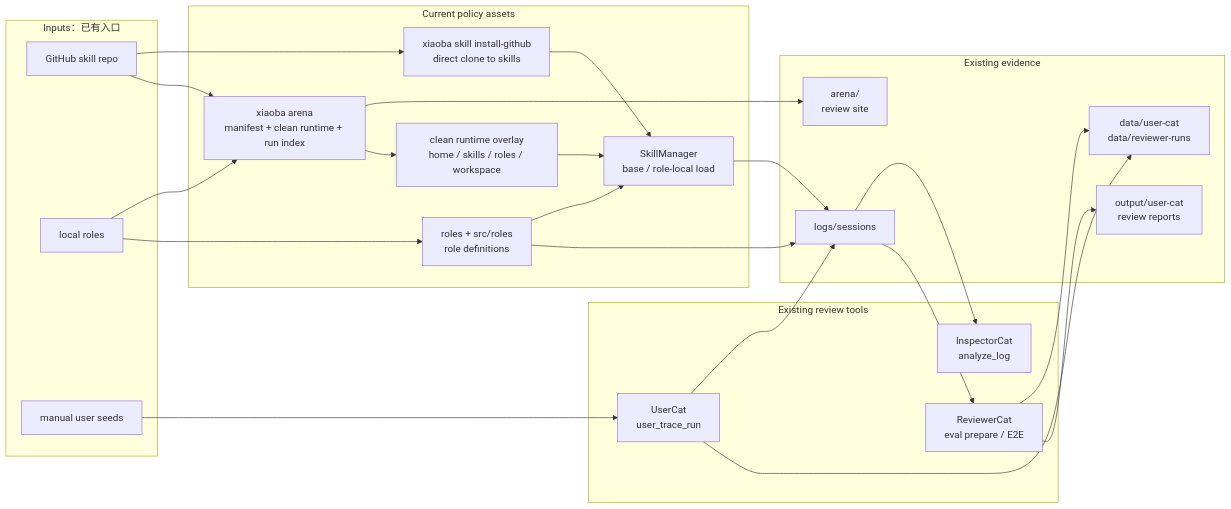
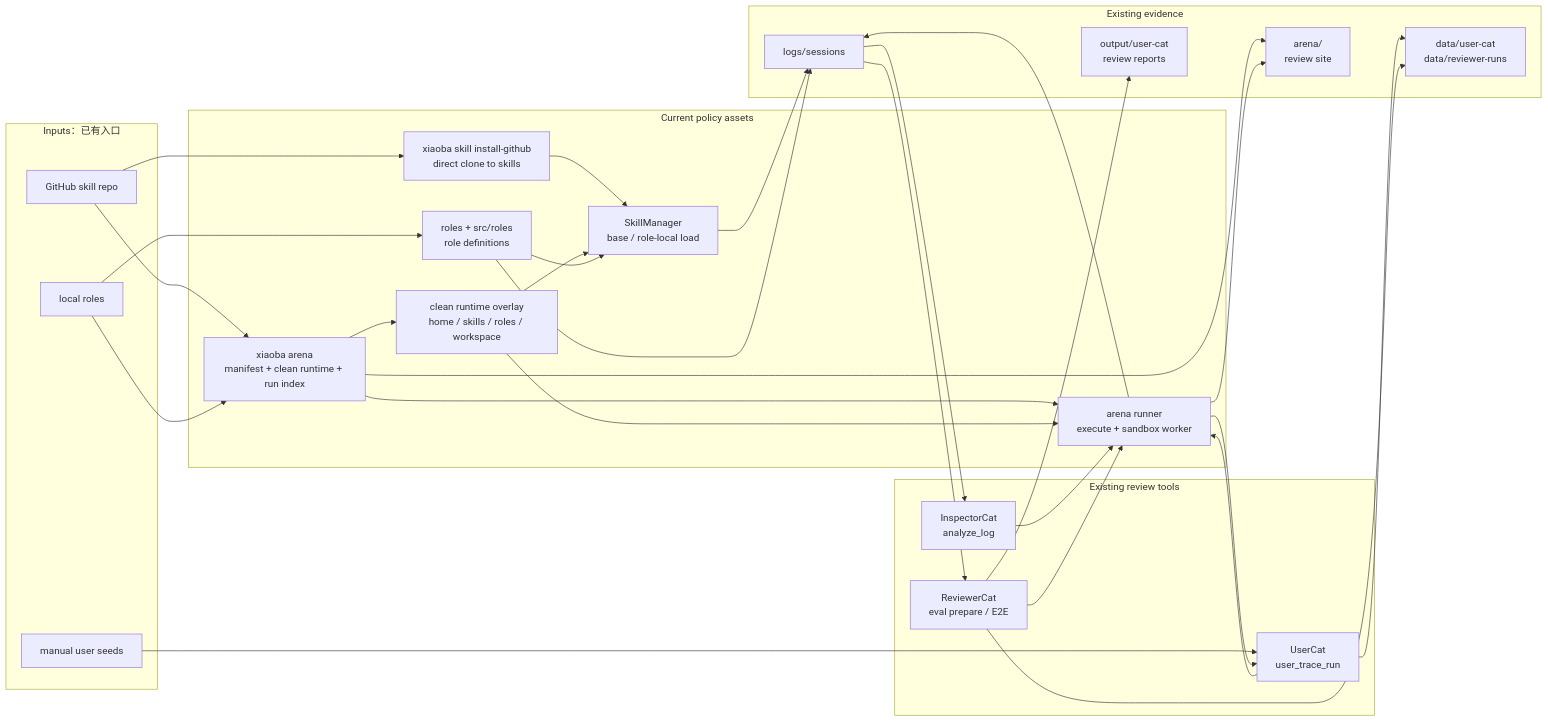
Before and after one commit to fightheyyy/XiaoBa-CLI: the first of 2 diagrams in docs/arena/SPEC.md, drawn with Mermaid. The commit also changed other lines of this file and 65 other files, not shown here.

````diff
--- a/docs/arena/SPEC.md
+++ b/docs/arena/SPEC.md
@@ -70,48 +103,56 @@
 ```mermaid
 flowchart LR
     subgraph Inputs["Inputs：已有入口"]
         GitHub["GitHub skill repo"]
         LocalRole["local roles"]
         ManualSeeds["manual user seeds"]
     end
 
     subgraph CurrentPolicy["Current policy assets"]
         InstallCmd["xiaoba skill install-github<br/>direct clone to skills"]
         ArenaCtl["xiaoba arena<br/>manifest + clean runtime + run index"]
+        ArenaRunner["arena runner<br/>execute + sandbox worker"]
         CleanRuntime["clean runtime overlay<br/>home / skills / roles / workspace"]
         SkillManager["SkillManager<br/>base / role-local load"]
         RoleDefs["roles + src/roles<br/>role definitions"]
     end
 
     subgraph ExistingReviewTools["Existing review tools"]
         UserCat["UserCat<br/>user_trace_run"]
         Inspector["InspectorCat<br/>analyze_log"]
         Reviewer["ReviewerCat<br/>eval prepare / E2E"]
     end
 
     subgraph Evidence["Existing evidence"]
         ArenaSite["arena/<br/>review site"]
         Logs["logs/sessions"]
         Data["data/user-cat<br/>data/reviewer-runs"]
         Output["output/user-cat<br/>review reports"]
     end
 
     GitHub --> InstallCmd
     GitHub --> ArenaCtl
     LocalRole --> ArenaCtl
     InstallCmd --> SkillManager
     LocalRole --> RoleDefs
     ArenaCtl --> ArenaSite
     ArenaCtl --> CleanRuntime
+    ArenaCtl --> ArenaRunner
+    CleanRuntime --> ArenaRunner
     CleanRuntime --> SkillManager
     RoleDefs --> SkillManager
     ManualSeeds --> UserCat
     SkillManager --> Logs
     RoleDefs --> Logs
-    UserCat --> Logs
+    UserCat --> ArenaRunner
+    ArenaRunner --> UserCat
+    ArenaRunner --> Logs
     UserCat --> Data
     Logs --> Inspector
     Logs --> Reviewer
+    Inspector --> ArenaRunner
+    Reviewer --> ArenaRunner
+    ArenaRunner --> ArenaSite
     Reviewer --> Data
     Reviewer --> Output
 ```
````
